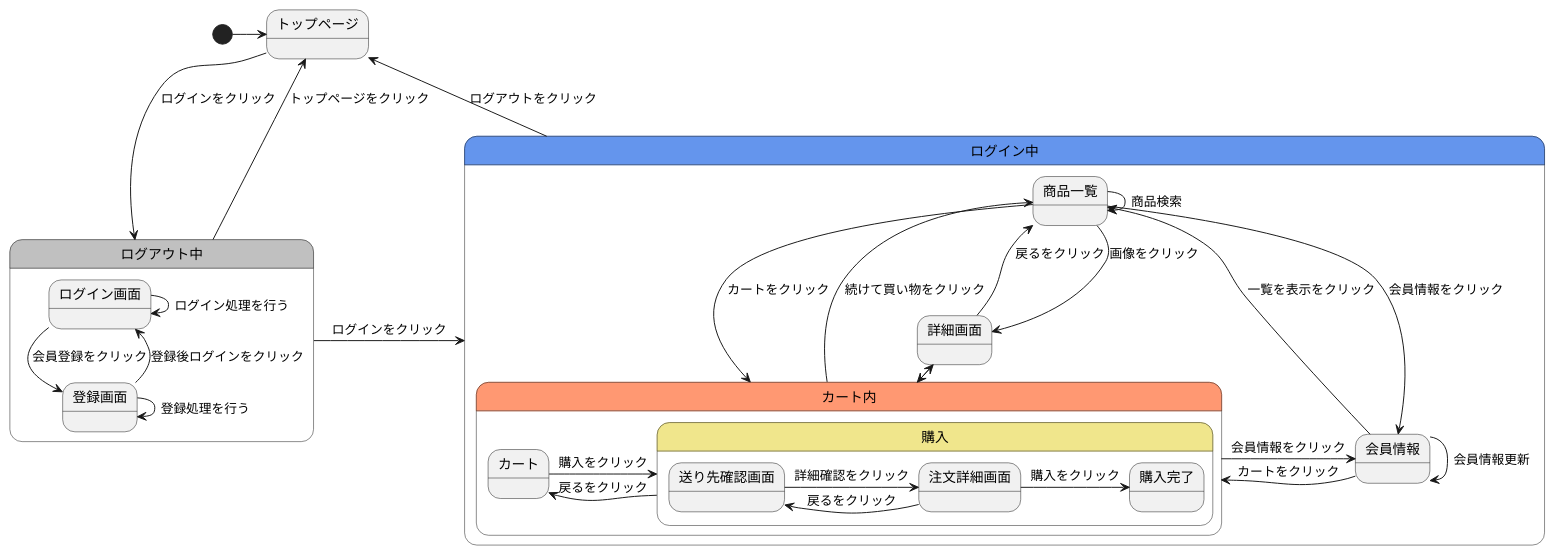
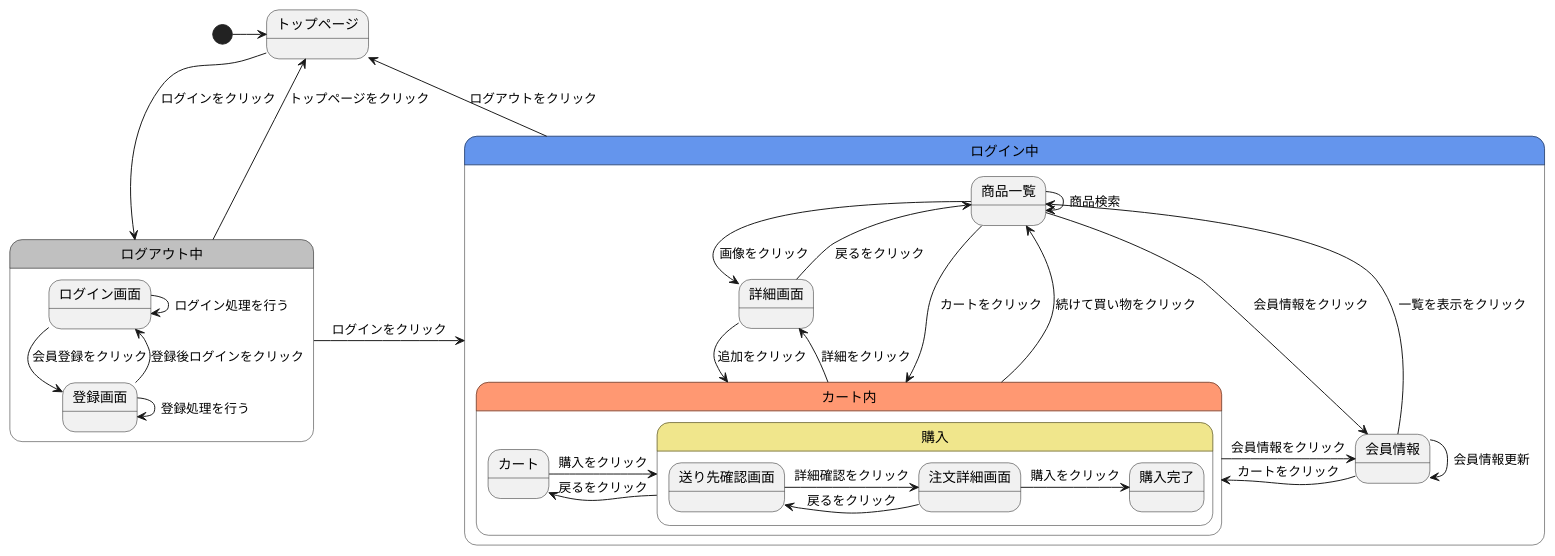
One commit to Aso2001409/2021sys-design changed the diagram in gamen2.md. Above: the diagram before and after it, drawn with PlantUML.

````diff
--- a/gamen2.md
+++ b/gamen2.md
@@ -1,38 +1,38 @@
 ```uml
 @startuml
 [*]->トップページ
 トップページ-->ログアウト中 :ログインをクリック
 ログアウト中->トップページ :トップページをクリック
 ログイン中->トップページ : ログアウトをクリック
 state ログアウト中 #C0C0C0{
   ログイン画面-->登録画面 :会員登録をクリック
   ログイン画面->ログイン画面 :ログイン処理を行う
   登録画面->登録画面 :登録処理を行う
   登録画面--> ログイン画面 :登録後ログインをクリック
 }
 ログアウト中->ログイン中 :ログインをクリック
 state ログイン中 #6495ED{
   商品一覧-->詳細画面 :画像をクリック
   商品一覧--->カート内 :カートをクリック
   商品一覧-->会員情報 :会員情報をクリック
   商品一覧->商品一覧 :商品検索
   詳細画面->商品一覧 :戻るをクリック
-  詳細画面->カート内 :追加をクリック
+  詳細画面-->カート内 :追加をクリック
   会員情報->商品一覧 :一覧を表示をクリック
   会員情報->カート内 :カートをクリック
   会員情報->会員情報 :会員情報更新
   state カート内 #FF9872{
     カート->購入 :購入をクリック
     購入->カート :戻るをクリック
       state 購入 #F0E68C{
       送り先確認画面->注文詳細画面 :詳細確認をクリック
       注文詳細画面->購入完了 :購入をクリック
       注文詳細画面->送り先確認画面 :戻るをクリック
       }
     }  
   カート内->商品一覧 :続けて買い物をクリック
   カート内->会員情報 :会員情報をクリック
   カート内->詳細画面 :詳細をクリック
   }
 @enduml
 ```
````
